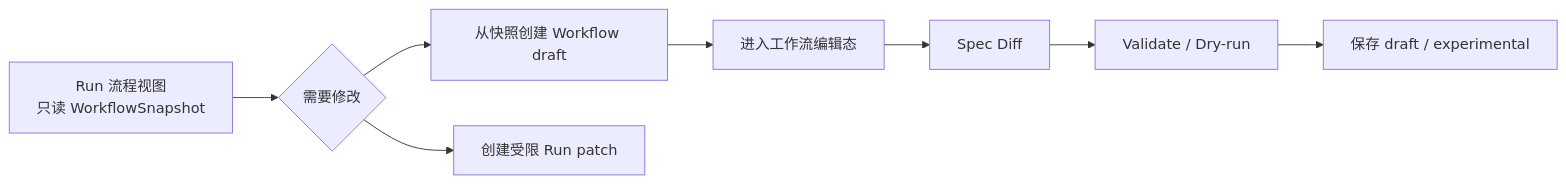
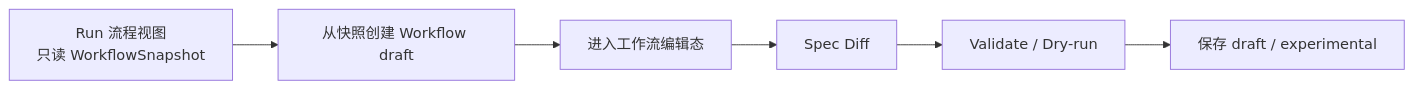
Before and after one commit to haozhangyue/miracle-agent: the third of 6 diagrams in 16_融合_产品信息架构与设计图规划.md, drawn with Mermaid. The commit also changed other lines of this file and 9 other files, not shown here.

````diff
--- a/16_融合_产品信息架构与设计图规划.md
+++ b/16_融合_产品信息架构与设计图规划.md
@@ -520,11 +602,9 @@
 ```mermaid
 flowchart LR
   Run["Run 流程视图<br/>只读 WorkflowSnapshot"]
-  Run --> Action{"需要修改"}
-  Action --> Draft["从快照创建 Workflow draft"]
-  Action --> Patch["创建受限 Run patch"]
+  Run --> Draft["从快照创建 Workflow draft"]
   Draft --> Builder["进入工作流编辑态"]
   Builder --> Diff["Spec Diff"]
   Diff --> Validate["Validate / Dry-run"]
   Validate --> Version["保存 draft / experimental"]
 ```
````
